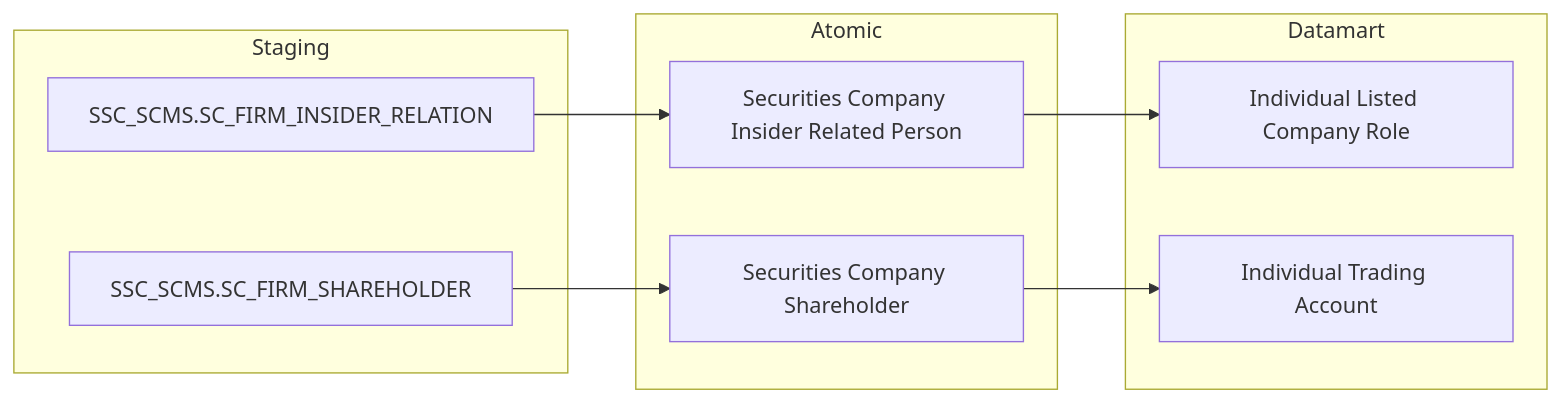
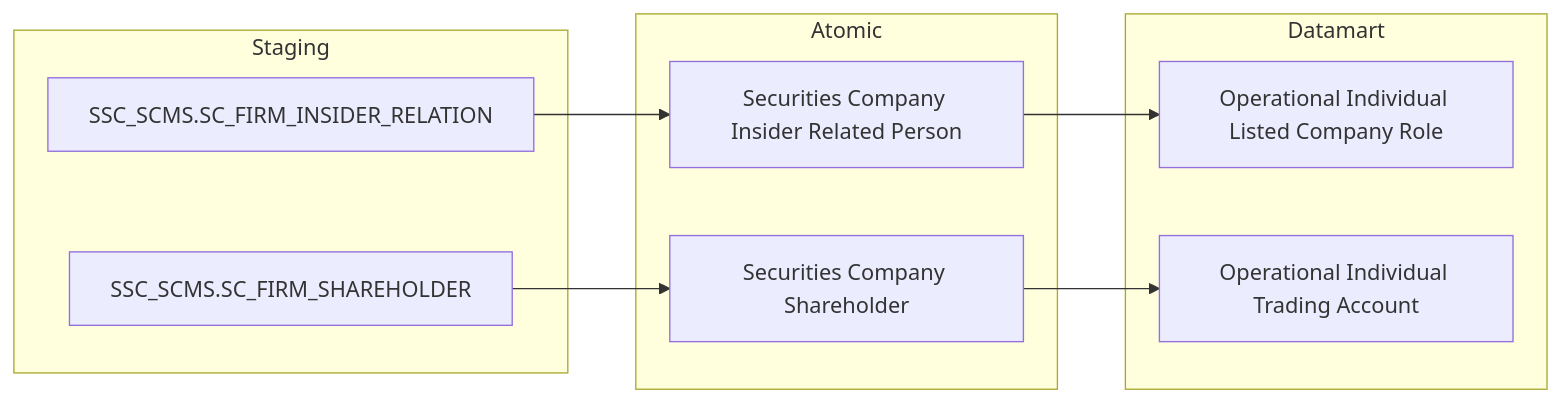
One commit to linhlvit/ubck_atomic_design changed diagram 16 of 32 in Datamart/hld/DTM_QLKD_HLD.md. Above: the diagram before and after it, drawn with Mermaid. The commit also changed other lines of this file and 62 other files, not shown here.

````diff
--- a/Datamart/hld/DTM_QLKD_HLD.md
+++ b/Datamart/hld/DTM_QLKD_HLD.md
@@ -625,23 +628,23 @@
 ```mermaid
 flowchart LR
     subgraph SRC["Staging"]
         S1["SSC_SCMS.SC_FIRM_INSIDER_RELATION"]
         S2["SSC_SCMS.SC_FIRM_SHAREHOLDER"]
     end
 
     subgraph SIL["Atomic"]
         SV1["Securities Company Insider Related Person"]
         SV2["Securities Company Shareholder"]
     end
 
     subgraph Datamart["Datamart"]
-        G1["Individual Listed Company Role"]
-        G2["Individual Trading Account"]
+        G1["Operational Individual Listed Company Role"]
+        G2["Operational Individual Trading Account"]
     end
 
     S1 --> SV1
     S2 --> SV2
 
     SV1 --> G1
     SV2 --> G2
 ```
````
